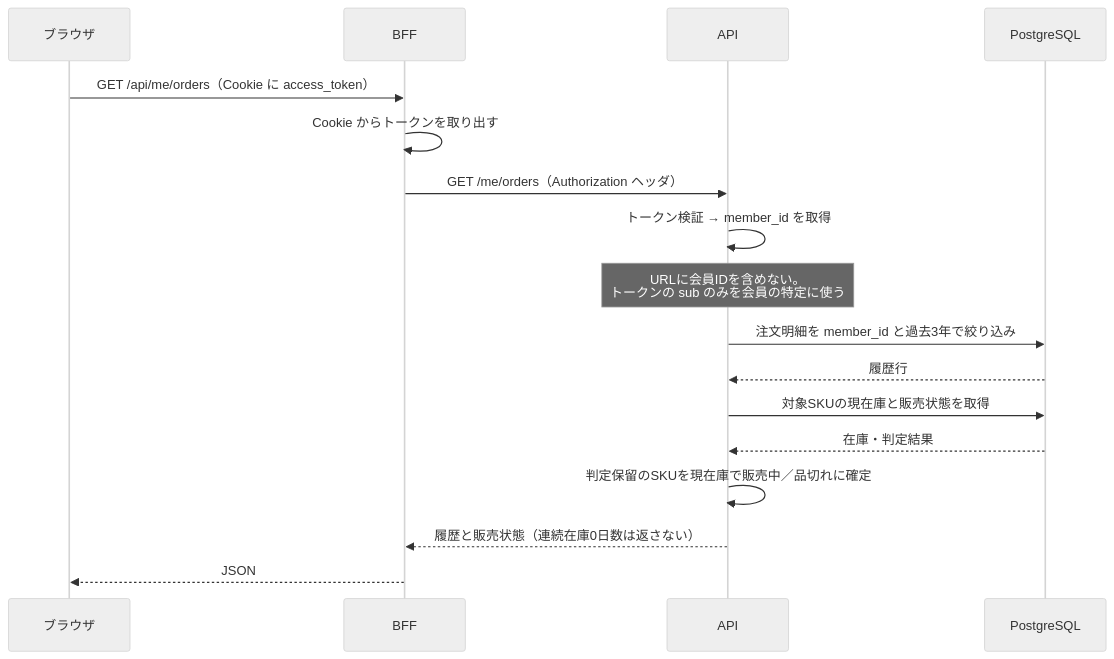
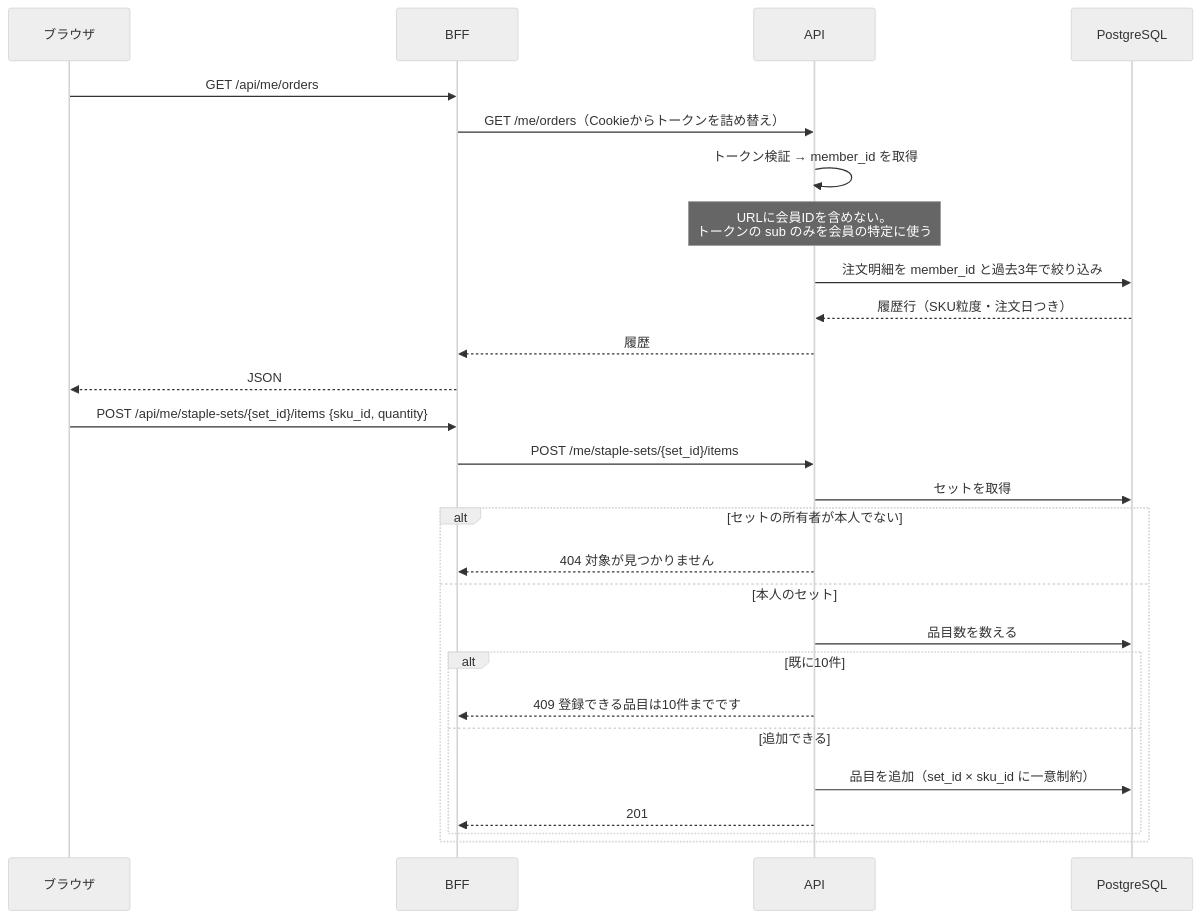
One commit to Nagaoka122/tech0-lv3-ec changed the fifth of 11 diagrams in 設計仕様書.md. Above: the diagram before and after it, drawn with Mermaid (neutral theme). The commit also changed other lines of this file and 3 other files, not shown here.

````diff
--- a/設計仕様書.md
+++ b/設計仕様書.md
@@ -216,20 +208,31 @@
 ```mermaid
 sequenceDiagram
     participant B as ブラウザ
     participant F as BFF
     participant A as API
     participant D as PostgreSQL
 
-    B->>F: GET /api/me/orders（Cookie に access_token）
-    F->>F: Cookie からトークンを取り出す
-    F->>A: GET /me/orders（Authorization ヘッダ）
+    B->>F: GET /api/me/orders
+    F->>A: GET /me/orders（Cookieからトークンを詰め替え）
     A->>A: トークン検証 → member_id を取得
     Note over A: URLに会員IDを含めない。<br/>トークンの sub のみを会員の特定に使う
     A->>D: 注文明細を member_id と過去3年で絞り込み
-    D-->>A: 履歴行
-    A->>D: 対象SKUの現在庫と販売状態を取得
-    D-->>A: 在庫・判定結果
-    A->>A: 判定保留のSKUを現在庫で販売中／品切れに確定
-    A-->>F: 履歴と販売状態（連続在庫0日数は返さない）
+    D-->>A: 履歴行（SKU粒度・注文日つき）
+    A-->>F: 履歴
     F-->>B: JSON
+
+    B->>F: POST /api/me/staple-sets/{set_id}/items {sku_id, quantity}
+    F->>A: POST /me/staple-sets/{set_id}/items
+    A->>D: セットを取得
+    alt セットの所有者が本人でない
+        A-->>F: 404 対象が見つかりません
+    else 本人のセット
+        A->>D: 品目数を数える
+        alt 既に10件
+            A-->>F: 409 登録できる品目は10件までです
+        else 追加できる
+            A->>D: 品目を追加（set_id × sku_id に一意制約）
+            A-->>F: 201
+        end
+    end
 ```
````
